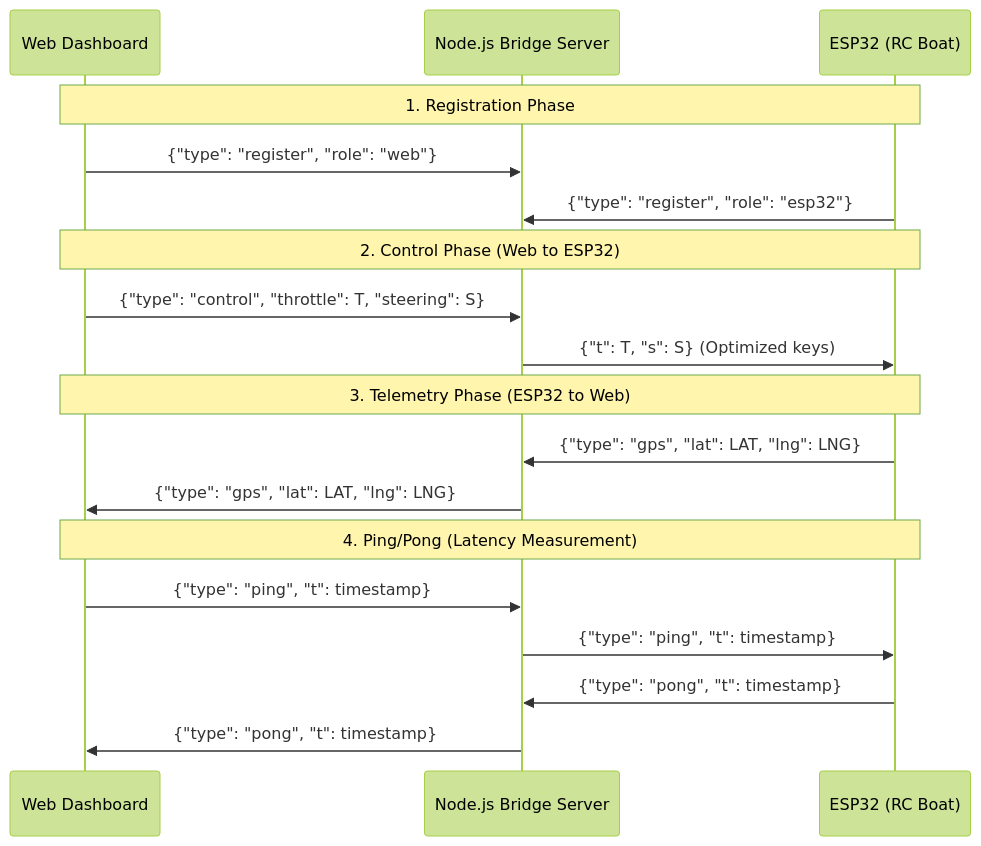
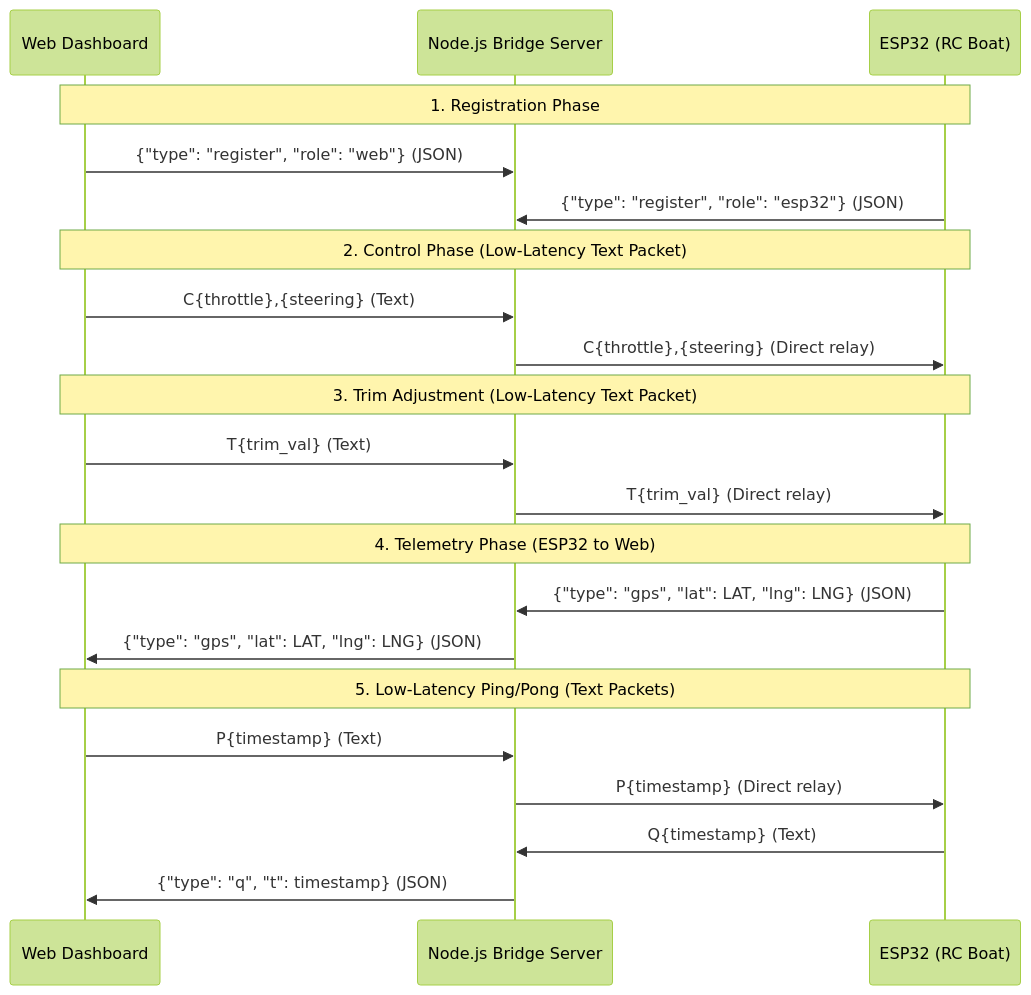
The diagram in AGENTS.md (TraiNguyenVan/boat-V3), drawn with Mermaid (forest theme) before and after one commit. The commit also changed other lines of this file and 3 other files, not shown here.

Commit message:
docs: update specifications with low-latency custom text protocol and control timeout rules

````diff
--- a/AGENTS.md
+++ b/AGENTS.md
@@ -22,24 +22,28 @@
 ```mermaid
 sequenceDiagram
     participant Web as Web Dashboard
     participant Server as Node.js Bridge Server
     participant ESP as ESP32 (RC Boat)
 
     Note over Web,ESP: 1. Registration Phase
-    Web->>Server: {"type": "register", "role": "web"}
-    ESP->>Server: {"type": "register", "role": "esp32"}
+    Web->>Server: {"type": "register", "role": "web"} (JSON)
+    ESP->>Server: {"type": "register", "role": "esp32"} (JSON)
 
-    Note over Web,ESP: 2. Control Phase (Web to ESP32)
-    Web->>Server: {"type": "control", "throttle": T, "steering": S}
-    Server->>ESP: {"t": T, "s": S}  (Optimized keys)
+    Note over Web,ESP: 2. Control Phase (Low-Latency Text Packet)
+    Web->>Server: C{throttle},{steering} (Text)
+    Server->>ESP: C{throttle},{steering} (Direct relay)
 
-    Note over Web,ESP: 3. Telemetry Phase (ESP32 to Web)
-    ESP->>Server: {"type": "gps", "lat": LAT, "lng": LNG}
-    Server->>Web: {"type": "gps", "lat": LAT, "lng": LNG}
+    Note over Web,ESP: 3. Trim Adjustment (Low-Latency Text Packet)
+    Web->>Server: T{trim_val} (Text)
+    Server->>ESP: T{trim_val} (Direct relay)
 
-    Note over Web,ESP: 4. Ping/Pong (Latency Measurement)
-    Web->>Server: {"type": "ping", "t": timestamp}
-    Server->>ESP: {"type": "ping", "t": timestamp}
-    ESP->>Server: {"type": "pong", "t": timestamp}
-    Server->>Web: {"type": "pong", "t": timestamp}
+    Note over Web,ESP: 4. Telemetry Phase (ESP32 to Web)
+    ESP->>Server: {"type": "gps", "lat": LAT, "lng": LNG} (JSON)
+    Server->>Web: {"type": "gps", "lat": LAT, "lng": LNG} (JSON)
+
+    Note over Web,ESP: 5. Low-Latency Ping/Pong (Text Packets)
+    Web->>Server: P{timestamp} (Text)
+    Server->>ESP: P{timestamp} (Direct relay)
+    ESP->>Server: Q{timestamp} (Text)
+    Server->>Web: {"type": "q", "t": timestamp} (JSON)
 ```
````
